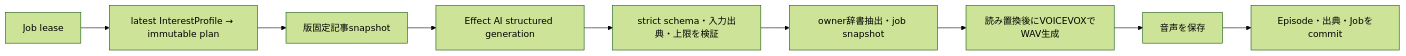
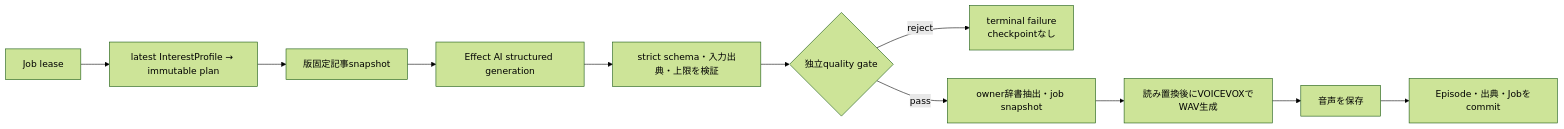
The eighth of 15 diagrams in docs/architecture.md (r4ai/news-podcast), drawn with Mermaid (forest theme) before and after one commit. The commit also changed other lines of this file and 37 other files, not shown here.

````diff
--- a/docs/architecture.md
+++ b/docs/architecture.md
@@ -239,11 +245,13 @@
 ```mermaid
 flowchart LR
   Lease["Job lease"] --> Plan["latest InterestProfile → immutable plan"]
   Plan --> Input["版固定記事snapshot"]
   Input --> Script["Effect AI structured generation"]
   Script --> Verify["strict schema・入力出典・上限を検証"]
-  Verify --> Dictionary["owner辞書抽出・job snapshot"]
+  Verify --> Quality{"独立quality gate"}
+  Quality -->|reject| Failed["terminal failure<br/>checkpointなし"]
+  Quality -->|pass| Dictionary["owner辞書抽出・job snapshot"]
   Dictionary --> TTS["読み置換後にVOICEVOXでWAV生成"]
   TTS --> Store["音声を保存"]
   Store --> Commit["Episode・出典・Jobをcommit"]
 ```
````
